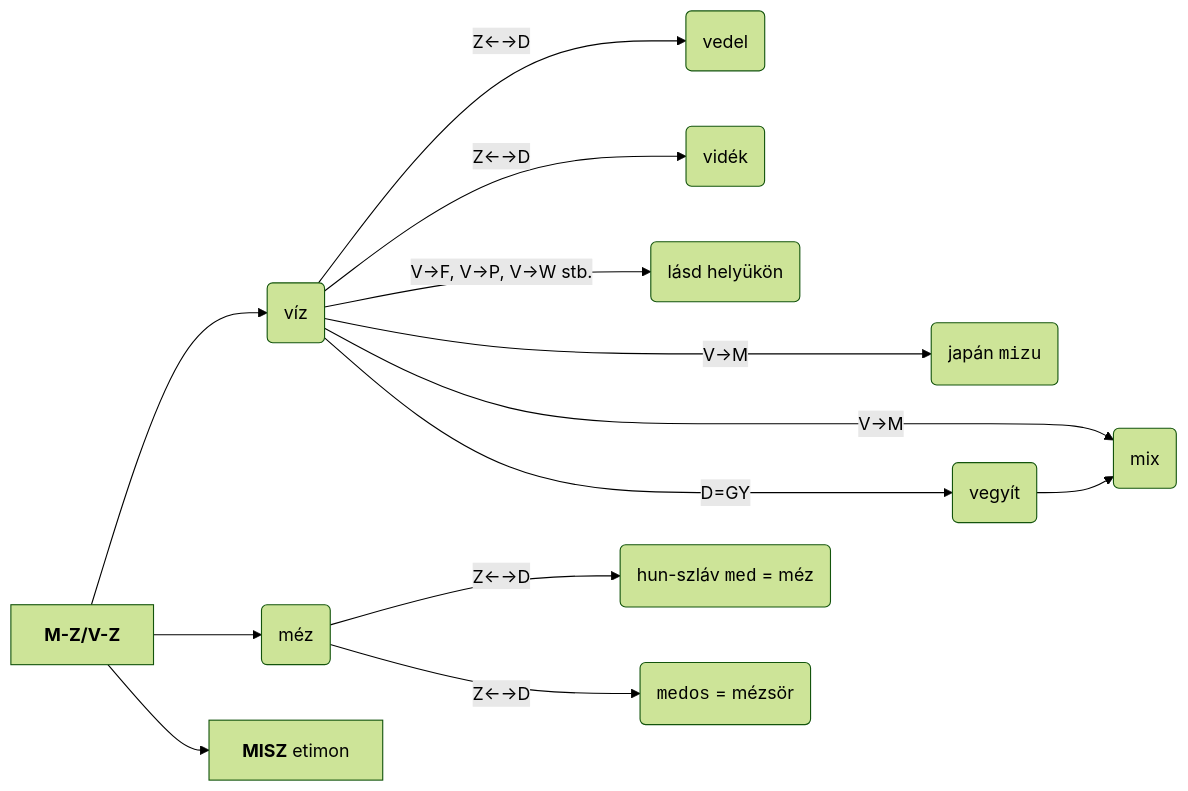
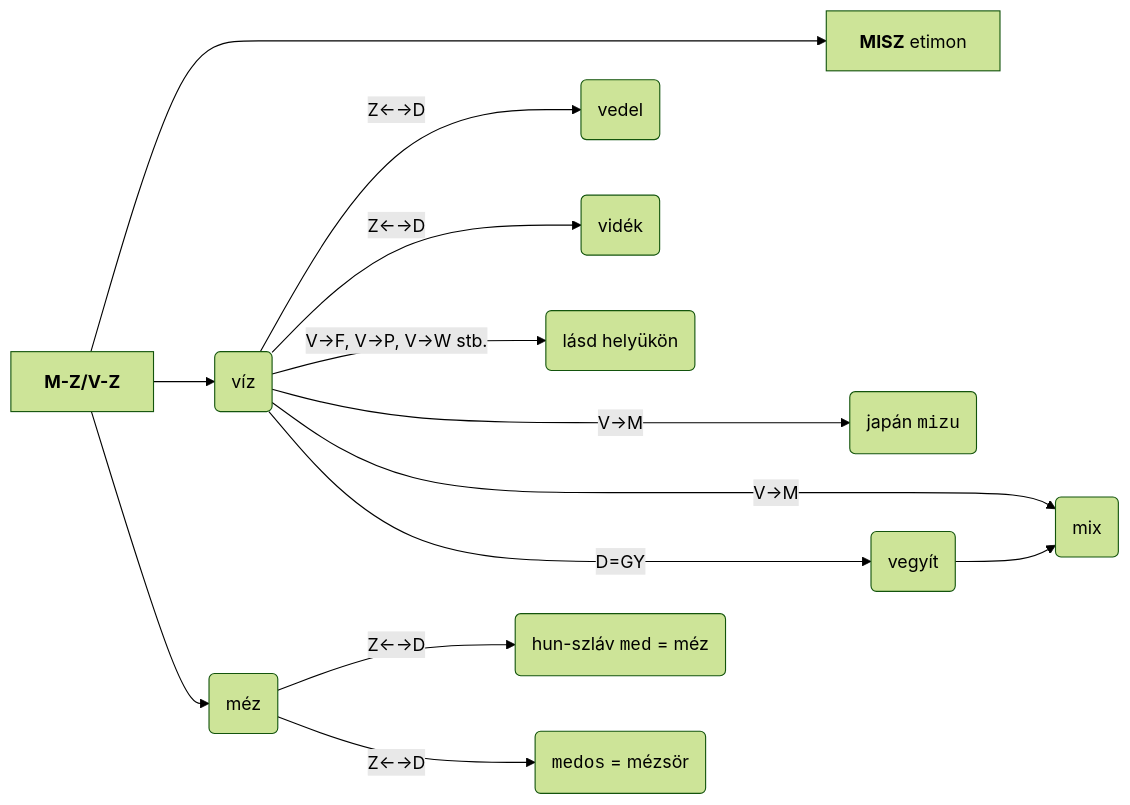
The diagram in src/site/notes/M/Méz.md (zanodor/TUDDASSTTARR), drawn with Mermaid (forest theme) before and after one commit.

Commit message:
Update content src/site/notes/M/Méz.md

````diff
--- a/src/site/notes/M/Méz.md
+++ b/src/site/notes/M/Méz.md
@@ -15,25 +15,23 @@
 ```mermaid
 
 
 flowchart LR
-head[<b>M-Z/V-Z</b>]
+head["<b>M-Z/V-Z</b>"]
+lvl2_0["<b>MISZ</b> etimon"]
 lvl2_a("víz")
 lvl2_b("méz")
-lvl2_c["<b>MISZ</b>" etimon]
 lvl3_a("vedel")
 lvl3_b("vidék")
 lvl3_c("hun-szláv <code>med</code> = méz")
 lvl3_d("<code>medos</code> = mézsör")
 
+head ----> lvl2_0
 head --> lvl2_a & lvl2_b
 lvl2_a -- "Z←→D" -->  lvl3_a & lvl3_b
 lvl2_a -- "V→F, V→P, V→W stb." -->  lvl3_x("lásd helyükön")
 lvl2_b -- "Z←→D" -->  lvl3_c & lvl3_d
 lvl2_a -- "V→M" ---> lvl3_e("japán <code>mizu</code>")
 lvl2_a -- "V→M" ---> lvl3_f("mix")
 lvl2_a -- "D=GY" ---> lvl3_g("vegyít")
 lvl3_g --> lvl3_f
-head --> lvl2_c
-
-class lvl2_a,lvl2_b,lvl3_a,lvl3_b,lvl3_f internal-link;
 ```
````
